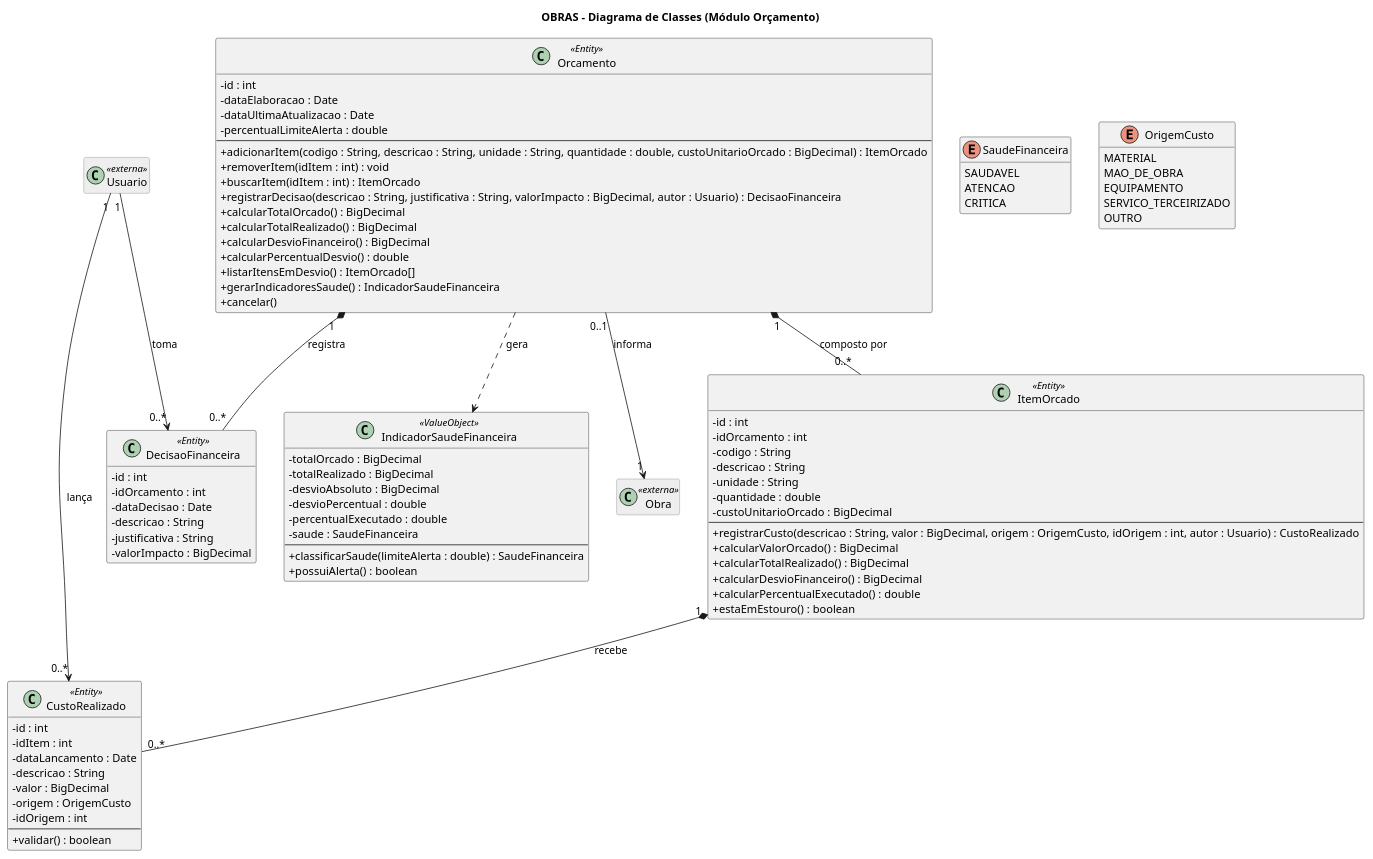
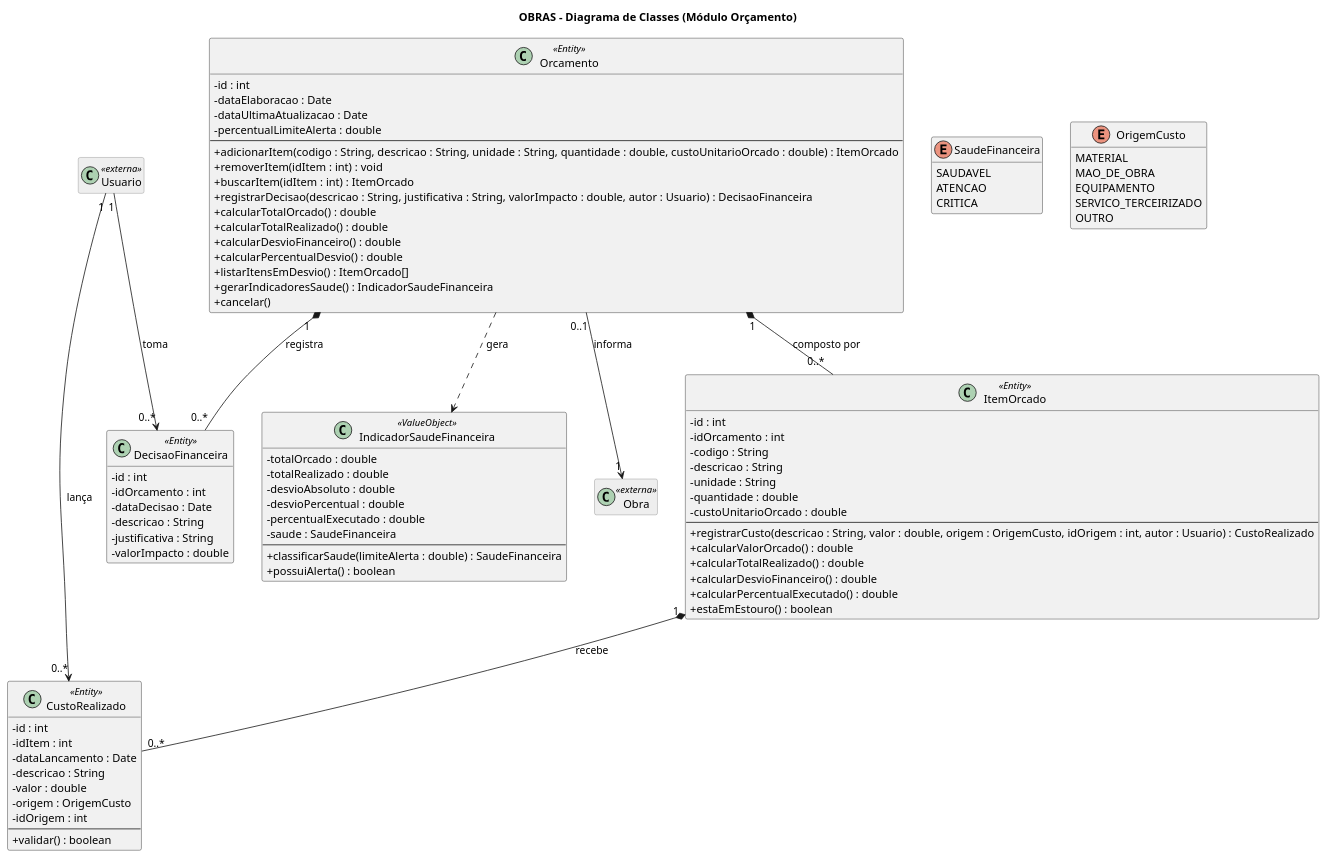
The diagram in Diagramas de classe/Modulo_Orcamento/orcamentos.puml (bernardoanobrega/oBRAS), drawn with PlantUML before and after one commit. The commit also changed 4 other files, not shown here.

Commit message:
Atualização dos diagramas de projeto para classes

```diff
--- a/Diagramas de classe/Modulo_Orcamento/orcamentos.puml
+++ b/Diagramas de classe/Modulo_Orcamento/orcamentos.puml
@@ -1,108 +1,108 @@
 @startuml orcamento-class-diagram
 title OBRAS - Diagrama de Classes (Módulo Orçamento)
 
 skinparam classAttributeIconSize 0
 skinparam ClassFontSize 14
 skinparam classBackgroundColor<<externa>> #EEEEEE
 skinparam classBorderColor<<externa>> #888888
 hide empty members
 
 ' ===== CLASSES EXTERNAS =====
 class Obra <<externa>>
 class Usuario <<externa>>
 
 ' ===== NÚCLEO =====
 class Orcamento <<Entity>> {
   -id : int
   -dataElaboracao : Date
   -dataUltimaAtualizacao : Date
   -percentualLimiteAlerta : double
   --
-  +adicionarItem(codigo : String, descricao : String, unidade : String, quantidade : double, custoUnitarioOrcado : BigDecimal) : ItemOrcado
+  +adicionarItem(codigo : String, descricao : String, unidade : String, quantidade : double, custoUnitarioOrcado : double) : ItemOrcado
   +removerItem(idItem : int) : void
   +buscarItem(idItem : int) : ItemOrcado
-  +registrarDecisao(descricao : String, justificativa : String, valorImpacto : BigDecimal, autor : Usuario) : DecisaoFinanceira
-  +calcularTotalOrcado() : BigDecimal
-  +calcularTotalRealizado() : BigDecimal
-  +calcularDesvioFinanceiro() : BigDecimal
+  +registrarDecisao(descricao : String, justificativa : String, valorImpacto : double, autor : Usuario) : DecisaoFinanceira
+  +calcularTotalOrcado() : double
+  +calcularTotalRealizado() : double
+  +calcularDesvioFinanceiro() : double
   +calcularPercentualDesvio() : double
   +listarItensEmDesvio() : ItemOrcado[]
   +gerarIndicadoresSaude() : IndicadorSaudeFinanceira
   +cancelar()
 }
 
 class ItemOrcado <<Entity>> {
   -id : int
   -idOrcamento : int
   -codigo : String
   -descricao : String
   -unidade : String
   -quantidade : double
-  -custoUnitarioOrcado : BigDecimal
+  -custoUnitarioOrcado : double
   --
-  +registrarCusto(descricao : String, valor : BigDecimal, origem : OrigemCusto, idOrigem : int, autor : Usuario) : CustoRealizado
-  +calcularValorOrcado() : BigDecimal
-  +calcularTotalRealizado() : BigDecimal
-  +calcularDesvioFinanceiro() : BigDecimal
+  +registrarCusto(descricao : String, valor : double, origem : OrigemCusto, idOrigem : int, autor : Usuario) : CustoRealizado
+  +calcularValorOrcado() : double
+  +calcularTotalRealizado() : double
+  +calcularDesvioFinanceiro() : double
   +calcularPercentualExecutado() : double
   +estaEmEstouro() : boolean
 }
 
 class CustoRealizado <<Entity>> {
   -id : int
   -idItem : int
   -dataLancamento : Date
   -descricao : String
-  -valor : BigDecimal
+  -valor : double
   -origem : OrigemCusto
   -idOrigem : int
   --
   +validar() : boolean
 }
 
 class DecisaoFinanceira <<Entity>> {
   -id : int
   -idOrcamento : int
   -dataDecisao : Date
   -descricao : String
   -justificativa : String
-  -valorImpacto : BigDecimal
+  -valorImpacto : double
 }
 
 class IndicadorSaudeFinanceira <<ValueObject>> {
-  -totalOrcado : BigDecimal
-  -totalRealizado : BigDecimal
-  -desvioAbsoluto : BigDecimal
+  -totalOrcado : double
+  -totalRealizado : double
+  -desvioAbsoluto : double
   -desvioPercentual : double
   -percentualExecutado : double
   -saude : SaudeFinanceira
   --
   +classificarSaude(limiteAlerta : double) : SaudeFinanceira
   +possuiAlerta() : boolean
 }
 
 ' ===== ENUMERAÇÕES =====
 enum SaudeFinanceira {
   SAUDAVEL
   ATENCAO
   CRITICA
 }
 
 enum OrigemCusto {
   MATERIAL
   MAO_DE_OBRA
   EQUIPAMENTO
   SERVICO_TERCEIRIZADO
   OUTRO
 }
 
 ' ===== RELAÇÕES =====
 Orcamento "0..1" --> "1" Obra : informa
 Orcamento "1" *-- "0..*" ItemOrcado : composto por
 ItemOrcado "1" *-- "0..*" CustoRealizado : recebe
 Orcamento "1" *-- "0..*" DecisaoFinanceira : registra
 Orcamento ..> IndicadorSaudeFinanceira : gera
 Usuario "1" --> "0..*" CustoRealizado : lança
 Usuario "1" --> "0..*" DecisaoFinanceira : toma
 
 @enduml
```
